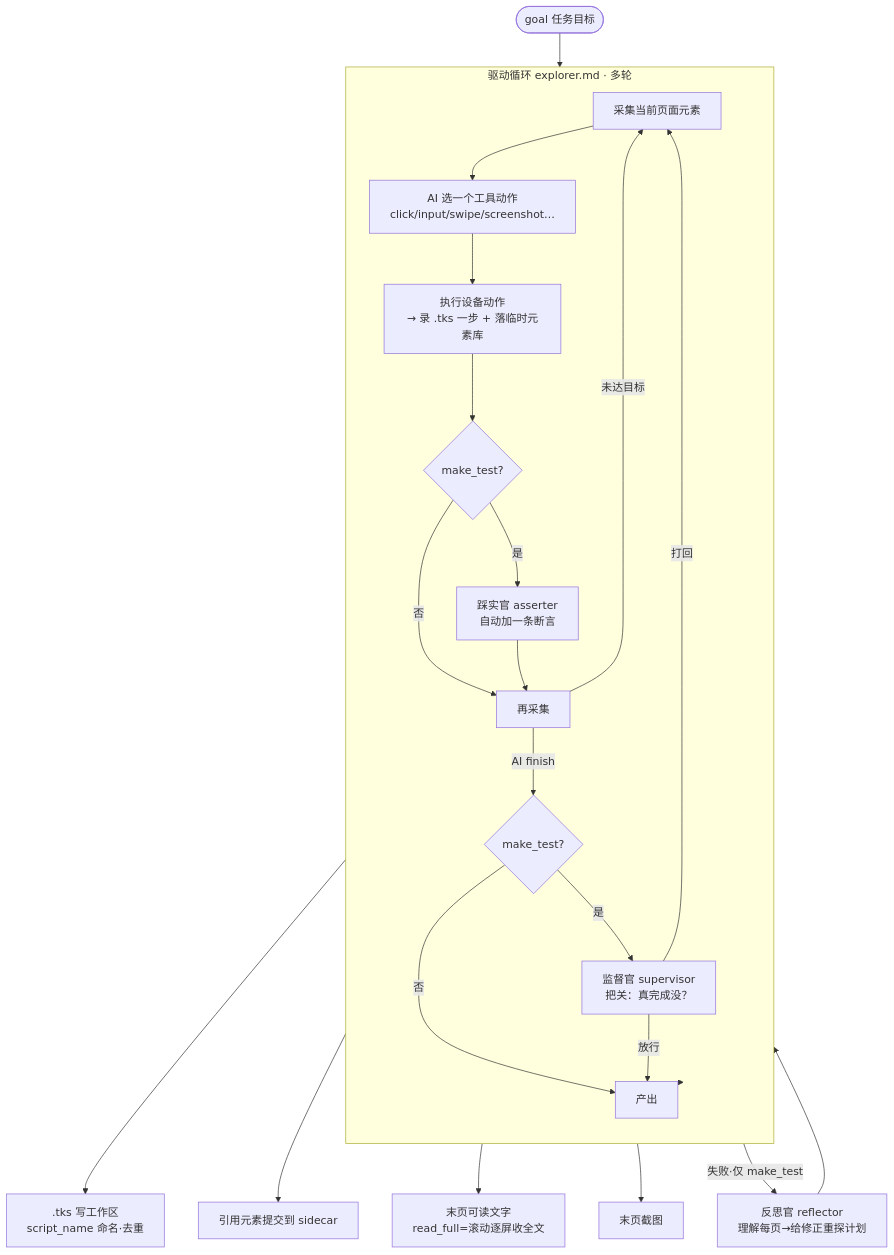
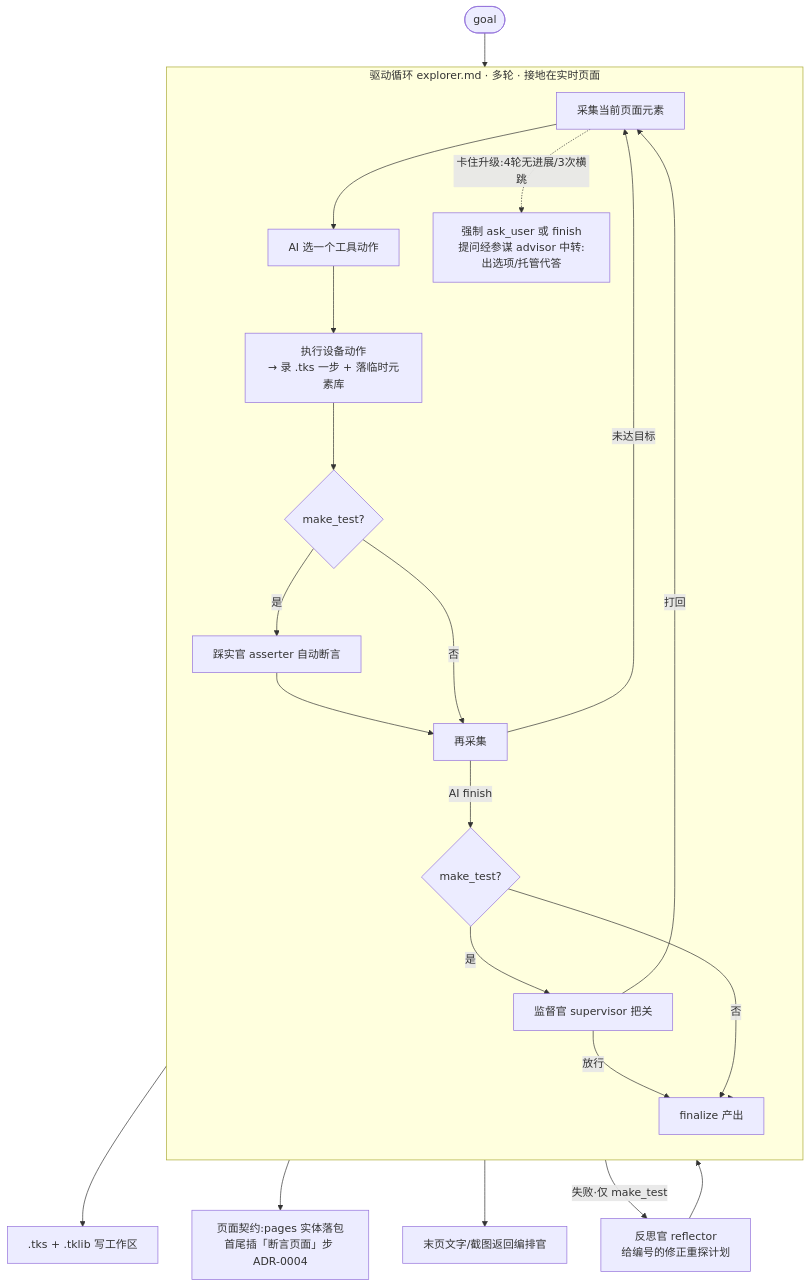
The second of 2 diagrams in bin-proj/toolkit-engine/docs/tke-flow.md (bwan3150/test-toolkit-studio), drawn with Mermaid before and after one commit. The commit also changed other lines of this file and 14 other files, not shown here.

````diff
--- a/bin-proj/toolkit-engine/docs/tke-flow.md
+++ b/bin-proj/toolkit-engine/docs/tke-flow.md
@@ -50,25 +50,20 @@
 ```mermaid
 flowchart TD
-    G([goal 任务目标]) --> D
-    subgraph D[驱动循环 explorer.md · 多轮]
+    G([goal]) --> D
+    subgraph D[驱动循环 explorer.md · 多轮 · 接地在实时页面]
       direction TB
-      C[采集当前页面元素] --> A[AI 选一个工具动作<br/>click/input/swipe/screenshot…]
-      A --> X[执行设备动作<br/>→ 录 .tks 一步 + 落临时元素库]
-      X --> CK{make_test?}
-      CK -->|是| AS[踩实官 asserter<br/>自动加一条断言]
-      CK -->|否| C2[再采集]
-      AS --> C2
+      C[采集当前页面元素] --> A[AI 选一个工具动作] --> X[执行设备动作<br/>→ 录 .tks 一步 + 落临时元素库]
+      X --> CK{make_test?} -->|是| AS[踩实官 asserter 自动断言] --> C2[再采集]
+      CK -->|否| C2
       C2 -->|未达目标| C
-      C2 -->|AI finish| FCK{make_test?}
-      FCK -->|是| SUP[监督官 supervisor<br/>把关：真完成没？]
+      C2 -->|AI finish| FCK{make_test?} -->|是| SUP[监督官 supervisor 把关] -->|放行| OUT
       FCK -->|否| OUT
-      SUP -->|放行| OUT
       SUP -->|打回| C
+      C -.卡住升级:4轮无进展/3次横跳.-> ASK[强制 ask_user 或 finish<br/>提问经参谋 advisor 中转:出选项/托管代答]
     end
-    D -->|失败·仅 make_test| RF[反思官 reflector<br/>理解每页→给修正重探计划] --> D
-    D --> OUT[产出]
-    OUT --> W1[.tks 写工作区<br/>script_name 命名·去重]
-    OUT --> W2[引用元素提交到 sidecar]
-    OUT --> W3[末页可读文字<br/>read_full=滚动逐屏收全文]
-    OUT --> W4[末页截图]
+    D -->|失败·仅 make_test| RF[反思官 reflector<br/>给编号的修正重探计划] --> D
+    D --> OUT[finalize 产出]
+    OUT --> W1[.tks + .tklib 写工作区]
+    OUT --> W2[页面契约:pages 实体落包<br/>首尾插「断言页面」步 ADR-0004]
+    OUT --> W3[末页文字/截图返回编排官]
 ```
````
